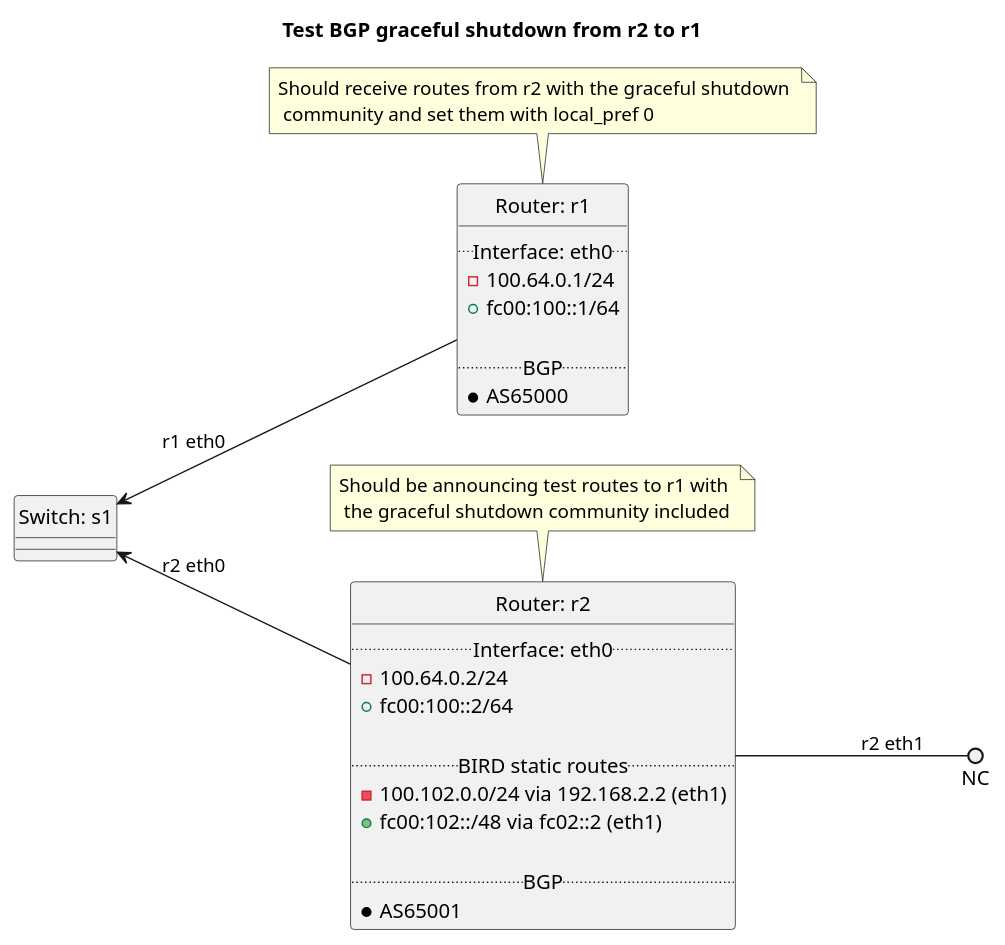
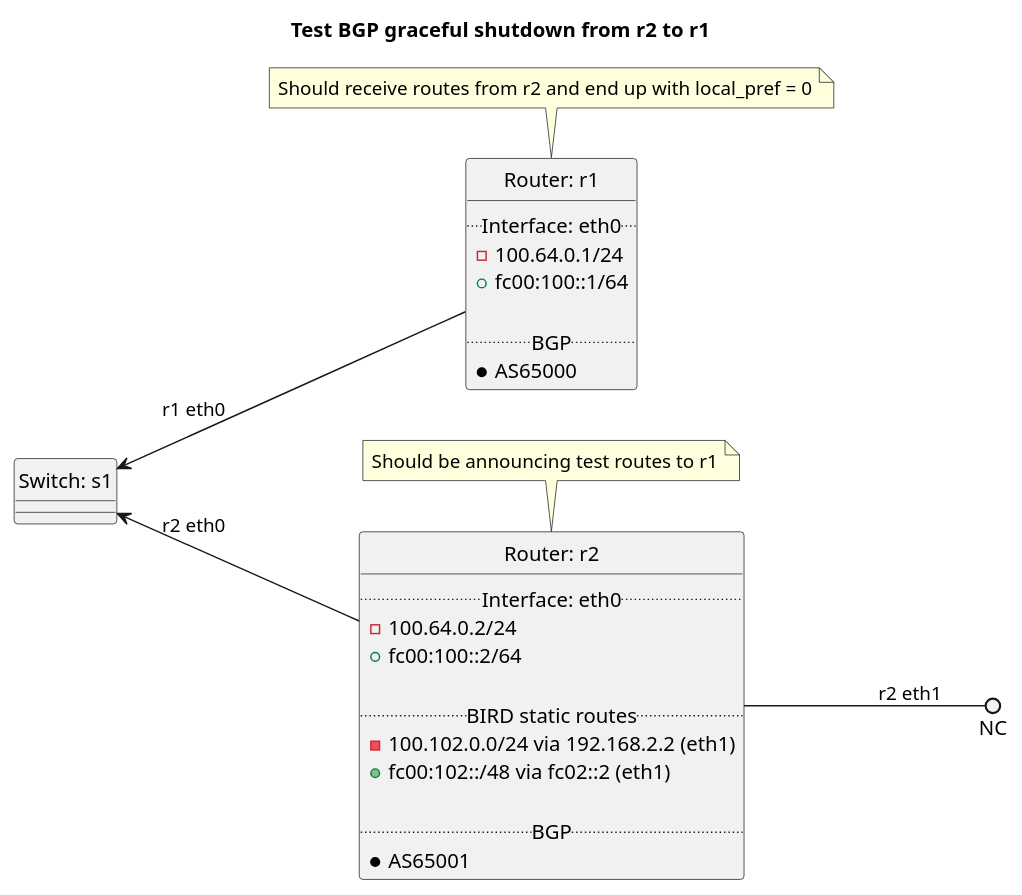
One commit to oscdev-io/birdplan changed the diagram in tests/40-bgp/72-graceful_shutdown/README.md. Above: the diagram before and after it, drawn with PlantUML. The commit also changed other lines of this file and 1 other file, not shown here.

Commit message:
tests/bgp: Added test for GRACEFUL_SHUTDOWN on inbound path

````diff
--- a/tests/40-bgp/72-graceful_shutdown/README.md
+++ b/tests/40-bgp/72-graceful_shutdown/README.md
@@ -9,42 +15,42 @@
 ```plantuml
 @startuml
 hide circle
 title Test BGP graceful shutdown from r2 to r1
 left to right direction
 
 
 class "Router: r1" {
   .. Interface: eth0 ..
 - 100.64.0.1/24
 + fc00:100::1/64
 
   .. BGP ..
 * AS65000
 }
-note top: Should receive routes from r2 with the graceful shutdown \n community and set them with local_pref 0
+note top: Should receive routes from r2 and end up with local_pref = 0
 
 
 class "Router: r2" {
   .. Interface: eth0 ..
 - 100.64.0.2/24
 + fc00:100::2/64
 
   .. BIRD static routes ..
 - 100.102.0.0/24 via 192.168.2.2 (eth1)
 + fc00:102::/48 via fc02::2 (eth1)
 
   .. BGP ..
 * AS65001
 }
-note top: Should be announcing test routes to r1 with \n the graceful shutdown community included
+note top: Should be announcing test routes to r1
 
 
 class "Switch: s1" {}
 
 
 "Switch: s1" <-down- "Router: r1": r1 eth0
 "Switch: s1" <-down- "Router: r2": r2 eth0
 "Router: r2" --() NC: r2 eth1
 
 @enduml
 ```
````
